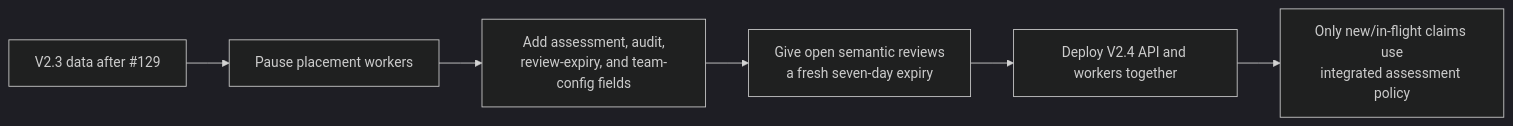
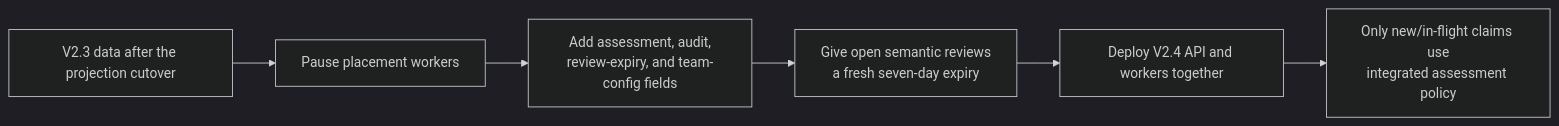
One commit to markhuangai/dense-mem changed the ninth of 12 diagrams in Data-Model-And-Storage.md. Above: the diagram before and after it, drawn with Mermaid (dark theme). The commit also changed other lines of this file and 24 other files, not shown here.

````diff
--- a/Data-Model-And-Storage.md
+++ b/Data-Model-And-Storage.md
@@ -579,9 +581,9 @@
 ```mermaid
 %%{init: {"flowchart": {"curve": "linear"}}}%%
 flowchart LR
-  Baseline["V2.3 data after #129"] --> Pause["Pause placement workers"]
+  Baseline["V2.3 data after the projection cutover"] --> Pause["Pause placement workers"]
   Pause --> Additive["Add assessment, audit,<br/>review-expiry, and team-config fields"]
   Additive --> TTL["Give open semantic reviews<br/>a fresh seven-day expiry"]
   TTL --> Deploy["Deploy V2.4 API and workers together"]
   Deploy --> New["Only new/in-flight claims use<br/>integrated assessment policy"]
 ```
````
